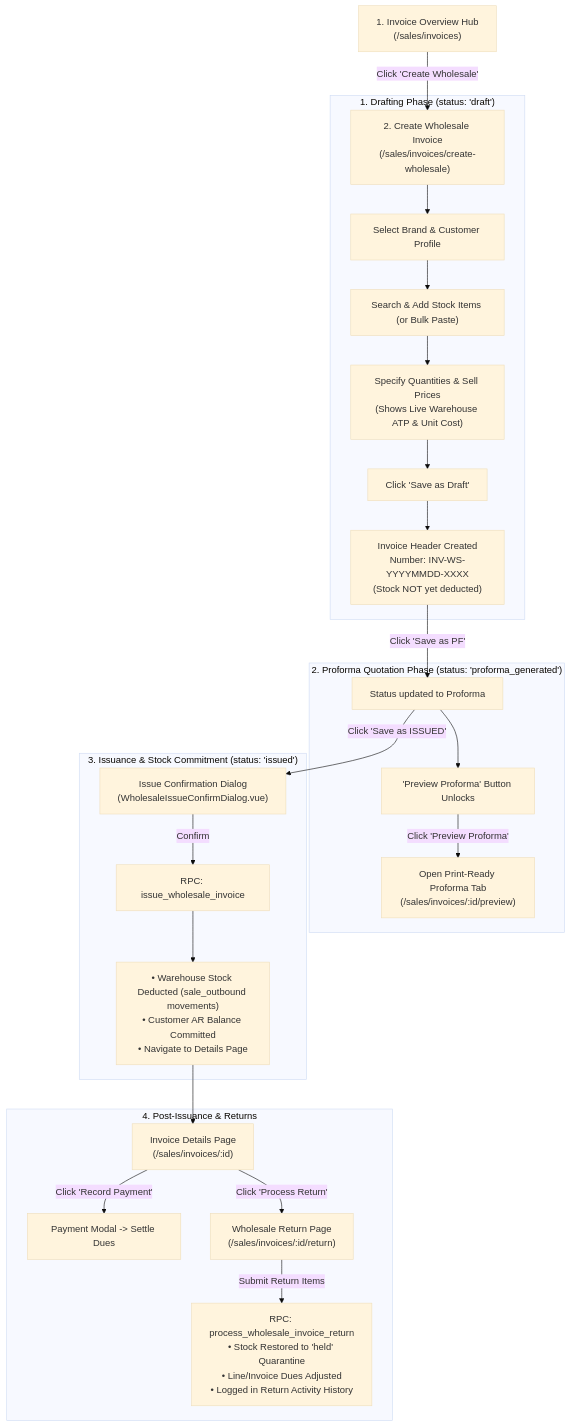
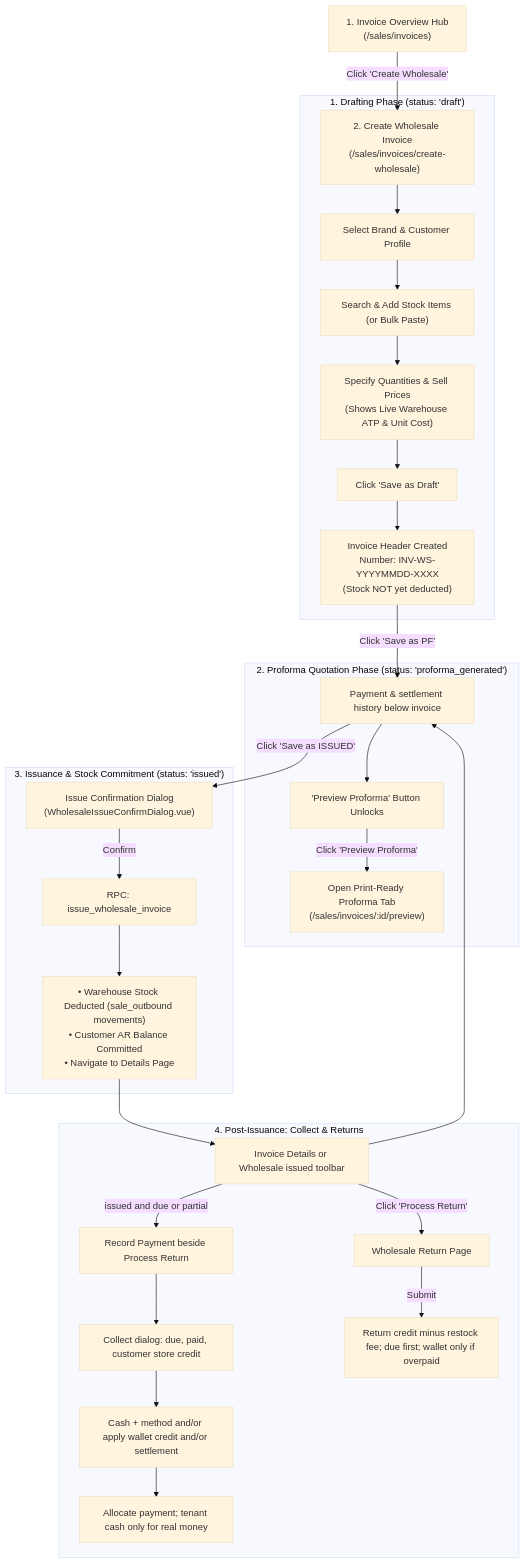
The diagram in doc/sales_invoice/UI_FLOW.md (david-git-2/brandwala-wholesale-quasar-v2), drawn with Mermaid (base theme) before and after one commit. The commit also changed other lines of this file and 36 other files, not shown here.

````diff
--- a/doc/sales_invoice/UI_FLOW.md
+++ b/doc/sales_invoice/UI_FLOW.md
@@ -9,31 +9,35 @@
 ```mermaid
 flowchart TD
     A["1. Invoice Overview Hub\n(/sales/invoices)"] -->|Click 'Create Wholesale'| B["2. Create Wholesale Invoice\n(/sales/invoices/create-wholesale)"]
     
     subgraph Step1 ["1. Drafting Phase (status: 'draft')"]
         B --> C["Select Brand & Customer Profile"]
         C --> D["Search & Add Stock Items (or Bulk Paste)"]
         D --> E["Specify Quantities & Sell Prices\n(Shows Live Warehouse ATP & Unit Cost)"]
         E --> F["Click 'Save as Draft'"]
         F --> G["Invoice Header Created\nNumber: INV-WS-YYYYMMDD-XXXX\n(Stock NOT yet deducted)"]
     end
     
     subgraph Step2 ["2. Proforma Quotation Phase (status: 'proforma_generated')"]
         G -->|Click 'Save as PF'| H["Status updated to Proforma"]
         H --> I["'Preview Proforma' Button Unlocks"]
         I -->|Click 'Preview Proforma'| J["Open Print-Ready Proforma Tab\n(/sales/invoices/:id/preview)"]
     end
     
     subgraph Step3 ["3. Issuance & Stock Commitment (status: 'issued')"]
         H -->|Click 'Save as ISSUED'| K["Issue Confirmation Dialog\n(WholesaleIssueConfirmDialog.vue)"]
         K -->|Confirm| L["RPC: issue_wholesale_invoice"]
         L --> M["• Warehouse Stock Deducted (sale_outbound movements)\n• Customer AR Balance Committed\n• Navigate to Details Page"]
     end
     
-    subgraph Step4 ["4. Post-Issuance & Returns"]
-        M --> N["Invoice Details Page\n(/sales/invoices/:id)"]
-        N -->|Click 'Record Payment'| O["Payment Modal -> Settle Dues"]
-        N -->|Click 'Process Return'| P["Wholesale Return Page\n(/sales/invoices/:id/return)"]
-        P -->|Submit Return Items| Q["RPC: process_wholesale_invoice_return\n• Stock Restored to 'held' Quarantine\n• Line/Invoice Dues Adjusted\n• Logged in Return Activity History"]
+    subgraph Step4 ["4. Post-Issuance: Collect & Returns"]
+        M --> N["Invoice Details or Wholesale issued toolbar"]
+        N -->|issued and due or partial| O["Record Payment beside Process Return"]
+        O --> O1["Collect dialog: due, paid, customer store credit"]
+        O1 --> O2["Cash + method and/or apply wallet credit and/or settlement"]
+        O2 --> O3["Allocate payment; tenant cash only for real money"]
+        N -->|Click 'Process Return'| P["Wholesale Return Page"]
+        P -->|Submit| Q["Return credit minus restock fee; due first; wallet only if overpaid"]
+        N --> H["Payment & settlement history below invoice"]
     end
 ```
````
